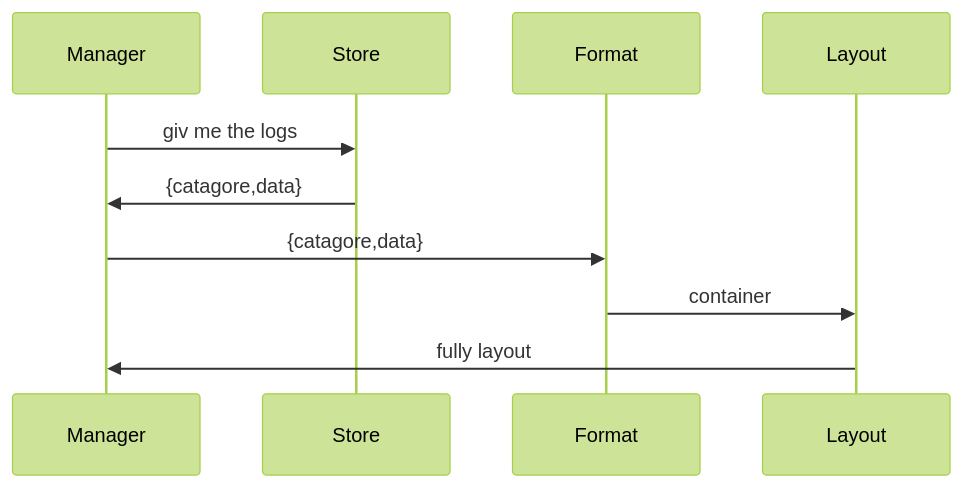
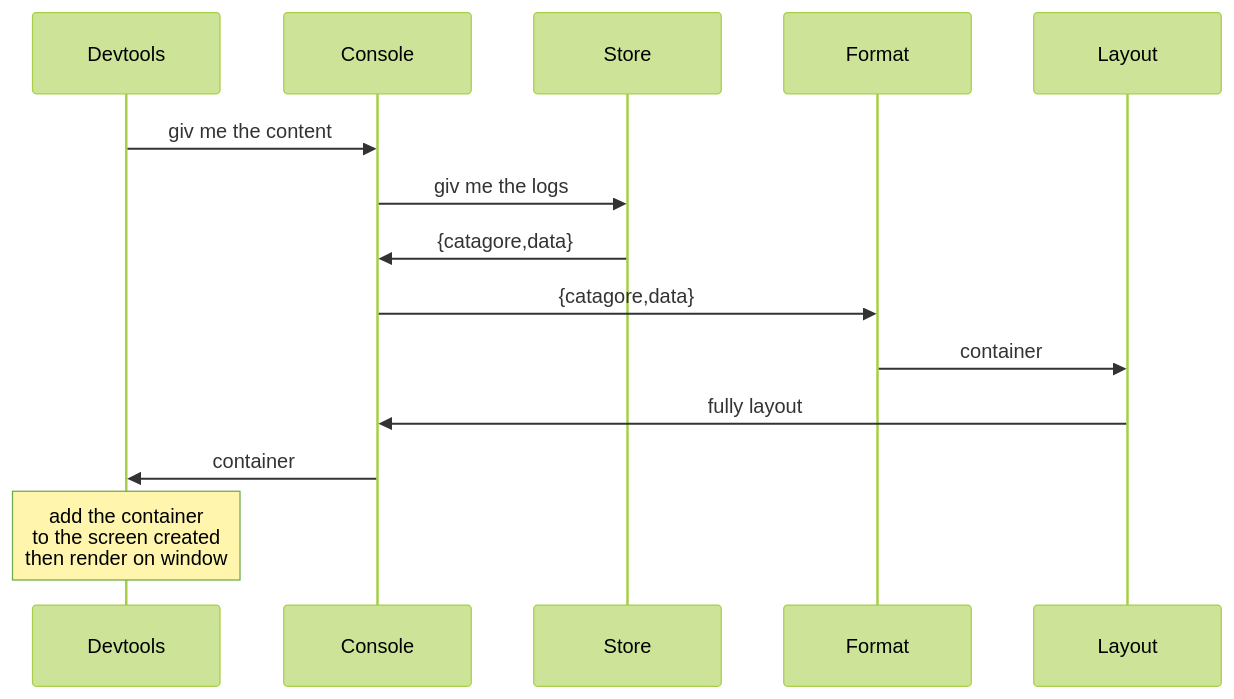
One commit to moo-m/MDev changed the second of 2 diagrams in README.md. Above: the diagram before and after it, drawn with Mermaid (forest theme).

````diff
--- a/README.md
+++ b/README.md
@@ -135,12 +135,17 @@
 ```mermaid
 sequenceDiagram
-participant Manager
+participant Devtools
+participant Console
 participant Store
 participant Format
 participant Layout
-Manager ->> Store:giv me the logs
-Store ->> Manager:{catagore,data}
-Manager ->> Format:{catagore,data}
+
+Devtools->>Console:giv me the content
+Console ->> Store:giv me the logs
+Store ->> Console:{catagore,data}
+Console ->> Format:{catagore,data}
 Format ->> Layout:container
-Layout ->> Manager:fully layout
+Layout ->> Console:fully layout
+Console ->>Devtools:container
+Note over Devtools:add the container <br/>to the screen created <br/>then render on window
 ```
````
